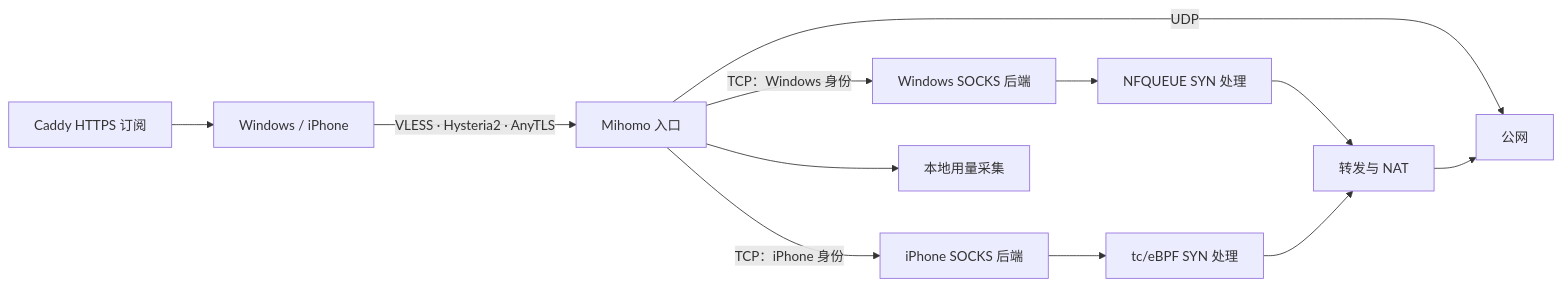
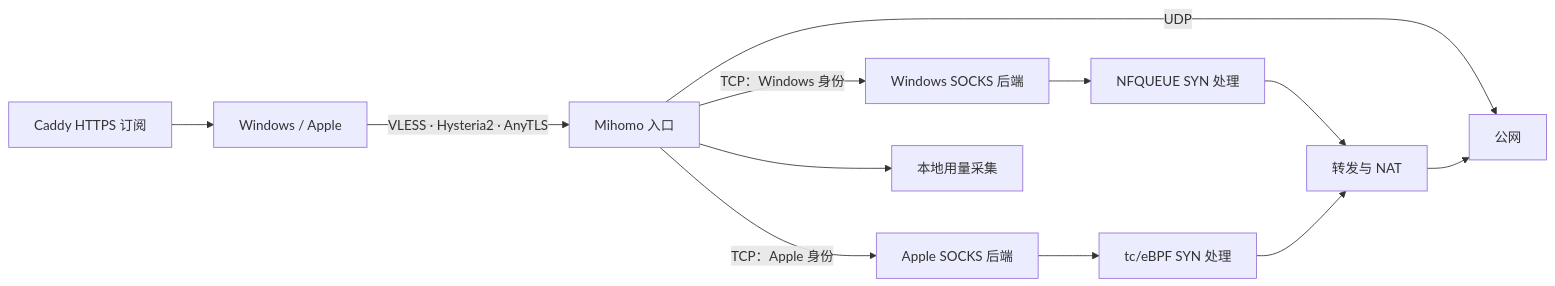
Before and after one commit to ArsvineZhu/vps-network-ops: the diagram in docs/ARCHITECTURE.md, drawn with Mermaid. The commit also changed other lines of this file and 37 other files, not shown here.

````diff
--- a/docs/ARCHITECTURE.md
+++ b/docs/ARCHITECTURE.md
@@ -3,11 +3,11 @@
 ```mermaid
 flowchart LR
-    device[Windows / iPhone] -->|VLESS · Hysteria2 · AnyTLS| front[Mihomo 入口]
+    device[Windows / Apple] -->|VLESS · Hysteria2 · AnyTLS| front[Mihomo 入口]
     front -->|TCP：Windows 身份| win[Windows SOCKS 后端]
-    front -->|TCP：iPhone 身份| ios[iPhone SOCKS 后端]
+    front -->|TCP：Apple 身份| apple[Apple SOCKS 后端]
     front -->|UDP| wan[公网]
     win --> nfq[NFQUEUE SYN 处理] --> nat[转发与 NAT] --> wan
-    ios --> tc[tc/eBPF SYN 处理] --> nat
+    apple --> tc[tc/eBPF SYN 处理] --> nat
     sub[Caddy HTTPS 订阅] --> device
     front --> stats[本地用量采集]
 ```
````
